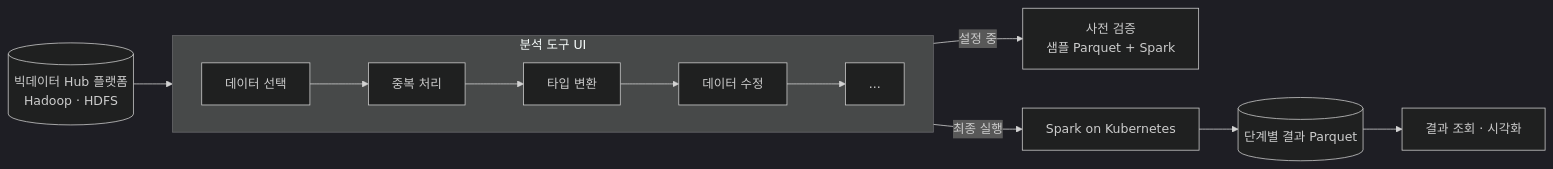
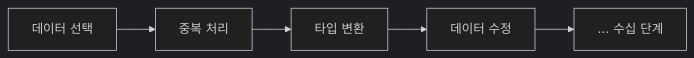
One commit to hufs0529/spark-workflow-builder changed the first of 2 diagrams in README.md. Above: the diagram before and after it, drawn with Mermaid (dark theme). The commit also changed other lines of this file, not shown here.

````diff
--- a/README.md
+++ b/README.md
@@ -26,12 +22,4 @@
 ```mermaid
 flowchart LR
-  HUB[(빅데이터 Hub 플랫폼<br/>Hadoop · HDFS)] --> UI
-  subgraph UI[분석 도구 UI]
-    direction LR
-    N1[데이터 선택] --> N2[중복 처리] --> N3[타입 변환] --> N4[데이터 수정] --> N5[...]
-  end
-  UI -->|설정 중| PV[사전 검증<br/>샘플 Parquet + Spark]
-  UI -->|최종 실행| RUN[Spark on Kubernetes]
-  RUN --> OUT[(단계별 결과 Parquet)]
-  OUT --> VIS[결과 조회 · 시각화]
+  A[데이터 선택] --> B[중복 처리] --> C[타입 변환] --> D[데이터 수정] --> E[... 수십 단계]
 ```
````
